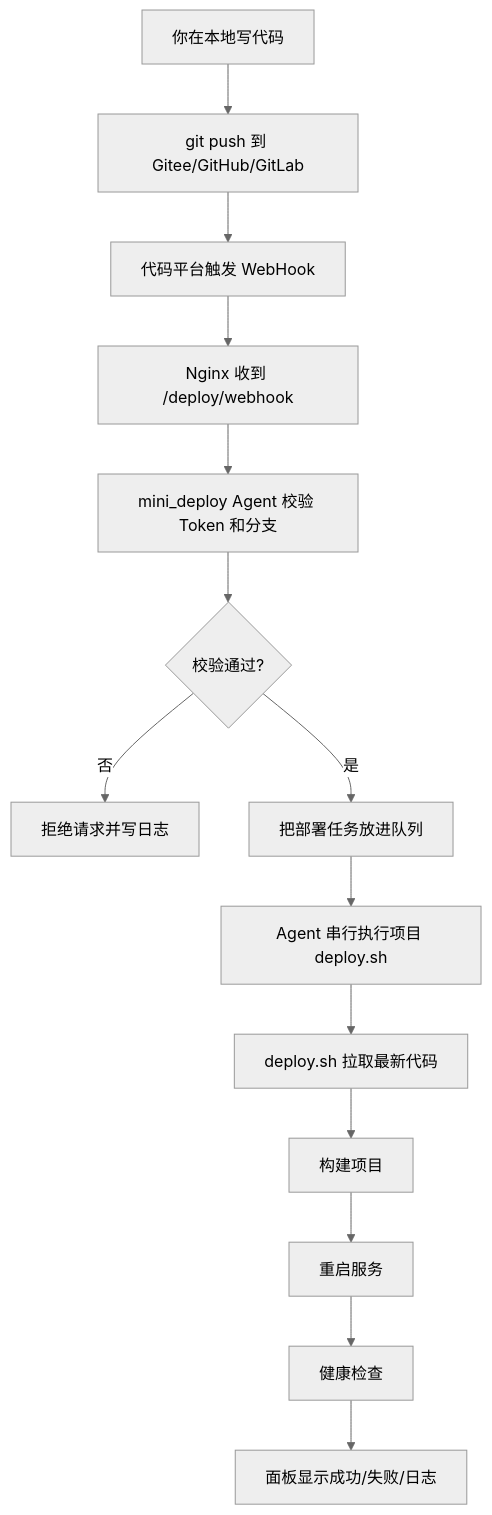
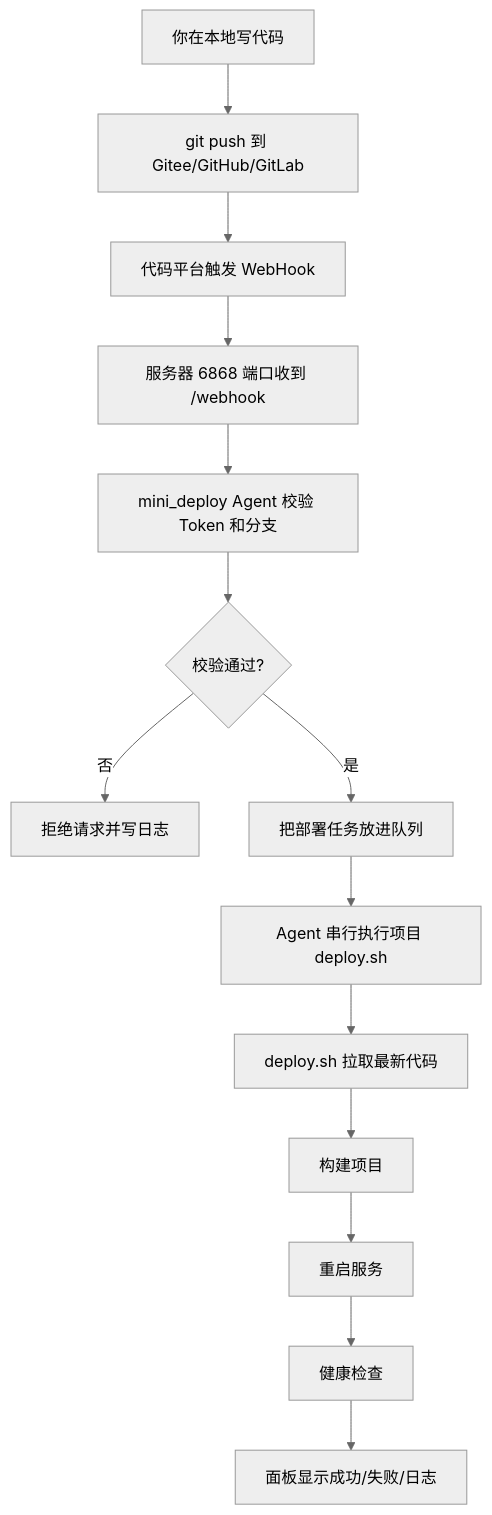
Before and after one commit to jokerXueC/mini_deploy: the first of 7 diagrams in docs/BEGINNER_DEPLOY_FLOW.zh-CN.md, drawn with Mermaid (neutral theme). The commit also changed other lines of this file and 26 other files, not shown here.

````diff
--- a/docs/BEGINNER_DEPLOY_FLOW.zh-CN.md
+++ b/docs/BEGINNER_DEPLOY_FLOW.zh-CN.md
@@ -28,16 +28,16 @@
 ```mermaid
 flowchart TD
     A[你在本地写代码] --> B[git push 到 Gitee/GitHub/GitLab]
     B --> C[代码平台触发 WebHook]
-    C --> D[Nginx 收到 /deploy/webhook]
+    C --> D[服务器 6868 端口收到 /webhook]
     D --> E[mini_deploy Agent 校验 Token 和分支]
     E --> F{校验通过?}
     F -- 否 --> G[拒绝请求并写日志]
     F -- 是 --> H[把部署任务放进队列]
     H --> I[Agent 串行执行项目 deploy.sh]
     I --> J[deploy.sh 拉取最新代码]
     J --> K[构建项目]
     K --> L[重启服务]
     L --> M[健康检查]
     M --> N[面板显示成功/失败/日志]
 ```
````
